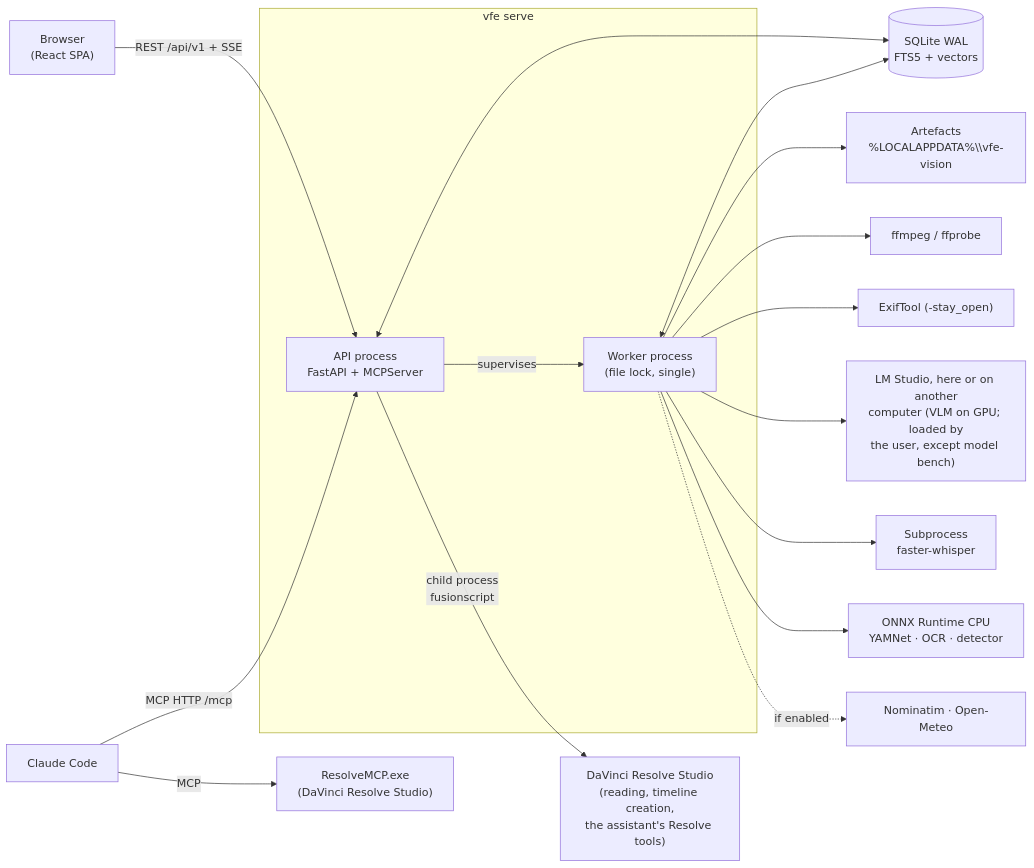
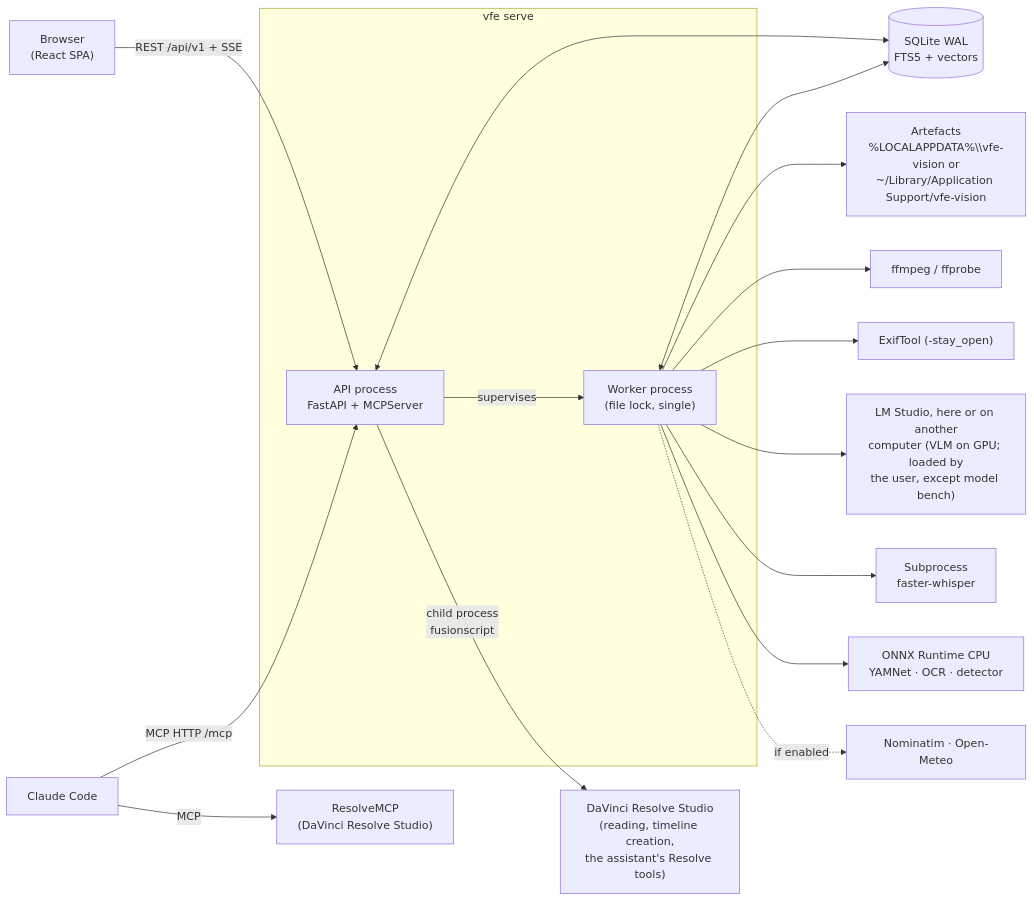
One commit to VideoFrameExpedition/video-frame-expedition-resolve changed the diagram in docs/architecture.md. Above: the diagram before and after it, drawn with Mermaid. The commit also changed other lines of this file and 87 other files, not shown here.

````diff
--- a/docs/architecture.md
+++ b/docs/architecture.md
@@ -7,23 +7,23 @@
 ```mermaid
 flowchart LR
     Browser["Browser<br/>(React SPA)"] -- "REST /api/v1 + SSE" --> API
     Claude["Claude Code"] -- "MCP HTTP /mcp" --> API
-    Claude -- "MCP" --> Resolve["ResolveMCP.exe<br/>(DaVinci Resolve Studio)"]
+    Claude -- "MCP" --> Resolve["ResolveMCP<br/>(DaVinci Resolve Studio)"]
     API -- "child process<br/>fusionscript" --> ResolveApp["DaVinci Resolve Studio<br/>(reading, timeline creation,<br/>the assistant's Resolve tools)"]
 
     subgraph serve["vfe serve"]
         API["API process<br/>FastAPI + MCPServer"]
         Worker["Worker process<br/>(file lock, single)"]
         API -- "supervises" --> Worker
     end
 
     API <--> DB[("SQLite WAL<br/>FTS5 + vectors")]
     Worker <--> DB
-    Worker --> Artifacts["Artefacts<br/>%LOCALAPPDATA%\\vfe-vision"]
+    Worker --> Artifacts["Artefacts<br/>%LOCALAPPDATA%\\vfe-vision or<br/>~/Library/Application Support/vfe-vision"]
     Worker --> FFmpeg["ffmpeg / ffprobe"]
     Worker --> ExifTool["ExifTool (-stay_open)"]
     Worker --> LMStudio["LM Studio, here or on another<br/>computer (VLM on GPU; loaded by<br/>the user, except model bench)"]
     Worker --> ASR["Subprocess<br/>faster-whisper"]
     Worker --> ONNX["ONNX Runtime CPU<br/>YAMNet · OCR · detector"]
     Worker -. "if enabled" .-> Web["Nominatim · Open-Meteo"]
 ```
````
